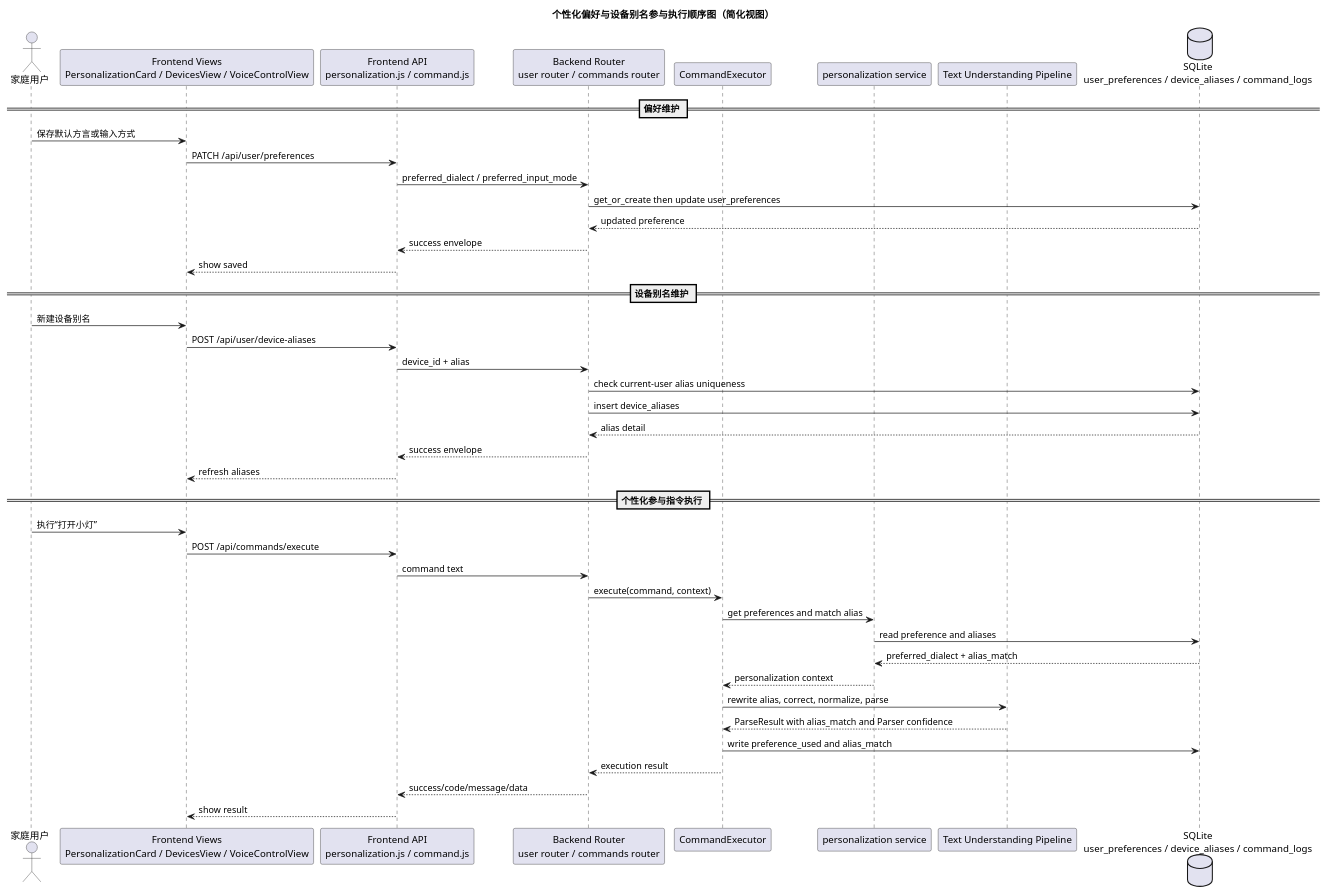
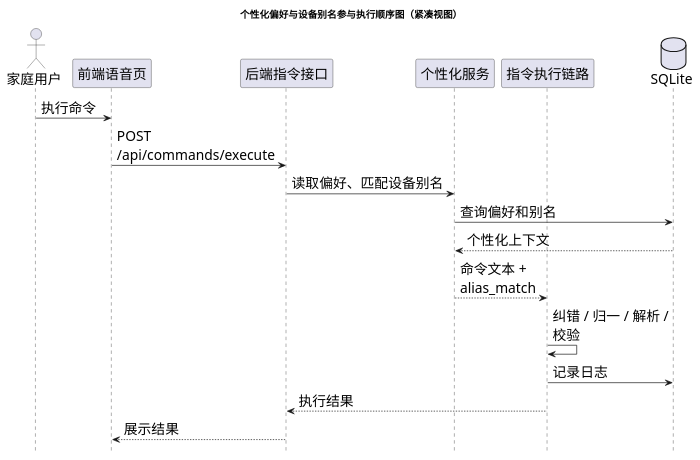
One commit to Hushpath/smart-home-voice-assistant changed the diagram in docs/diagrams/sequence_personalization.puml. Above: the diagram before and after it, drawn with PlantUML. The commit also changed 11 other files, not shown here.

```diff
--- a/docs/diagrams/sequence_personalization.puml
+++ b/docs/diagrams/sequence_personalization.puml
@@ -1,46 +1,28 @@
 @startuml
-title 个性化偏好与设备别名参与执行顺序图（简化视图）
+title 个性化偏好与设备别名参与执行顺序图（紧凑视图）
+skinparam defaultFontName "Microsoft YaHei"
+skinparam defaultFontSize 20
+skinparam SequenceParticipantFontSize 20
+skinparam SequenceMessageFontSize 19
+skinparam maxMessageSize 200
+skinparam Shadowing false
+hide footbox
+
 actor "家庭用户" as User
-participant "Frontend Views\nPersonalizationCard / DevicesView / VoiceControlView" as FE
-participant "Frontend API\npersonalization.js / command.js" as API
-participant "Backend Router\nuser router / commands router" as Router
-participant "CommandExecutor" as Exec
-participant "personalization service" as PersonalService
-participant "Text Understanding Pipeline" as Pipeline
-database "SQLite\nuser_preferences / device_aliases / command_logs" as DB
+participant "前端语音页" as FE
+participant "后端指令接口" as API
+participant "个性化服务" as Personal
+participant "指令执行链路" as Chain
+database "SQLite" as DB
 
-== 偏好维护 ==
-User -> FE: 保存默认方言或输入方式
-FE -> API: PATCH /api/user/preferences
-API -> Router: preferred_dialect / preferred_input_mode
-Router -> DB: get_or_create then update user_preferences
-DB --> Router: updated preference
-Router --> API: success envelope
-API --> FE: show saved
-
-== 设备别名维护 ==
-User -> FE: 新建设备别名
-FE -> API: POST /api/user/device-aliases
-API -> Router: device_id + alias
-Router -> DB: check current-user alias uniqueness
-Router -> DB: insert device_aliases
-DB --> Router: alias detail
-Router --> API: success envelope
-API --> FE: refresh aliases
-
-== 个性化参与指令执行 ==
-User -> FE: 执行“打开小灯”
+User -> FE: 执行命令
 FE -> API: POST /api/commands/execute
-API -> Router: command text
-Router -> Exec: execute(command, context)
-Exec -> PersonalService: get preferences and match alias
-PersonalService -> DB: read preference and aliases
-DB --> PersonalService: preferred_dialect + alias_match
-PersonalService --> Exec: personalization context
-Exec -> Pipeline: rewrite alias, correct, normalize, parse
-Pipeline --> Exec: ParseResult with alias_match and Parser confidence
-Exec -> DB: write preference_used and alias_match
-Exec --> Router: execution result
-Router --> API: success/code/message/data
-API --> FE: show result
+API -> Personal: 读取偏好、匹配设备别名
+Personal -> DB: 查询偏好和别名
+DB --> Personal: 个性化上下文
+Personal --> Chain: 命令文本 + alias_match
+Chain -> Chain: 纠错 / 归一 / 解析 / 校验
+Chain -> DB: 记录日志
+Chain --> API: 执行结果
+API --> FE: 展示结果
 @enduml
```
